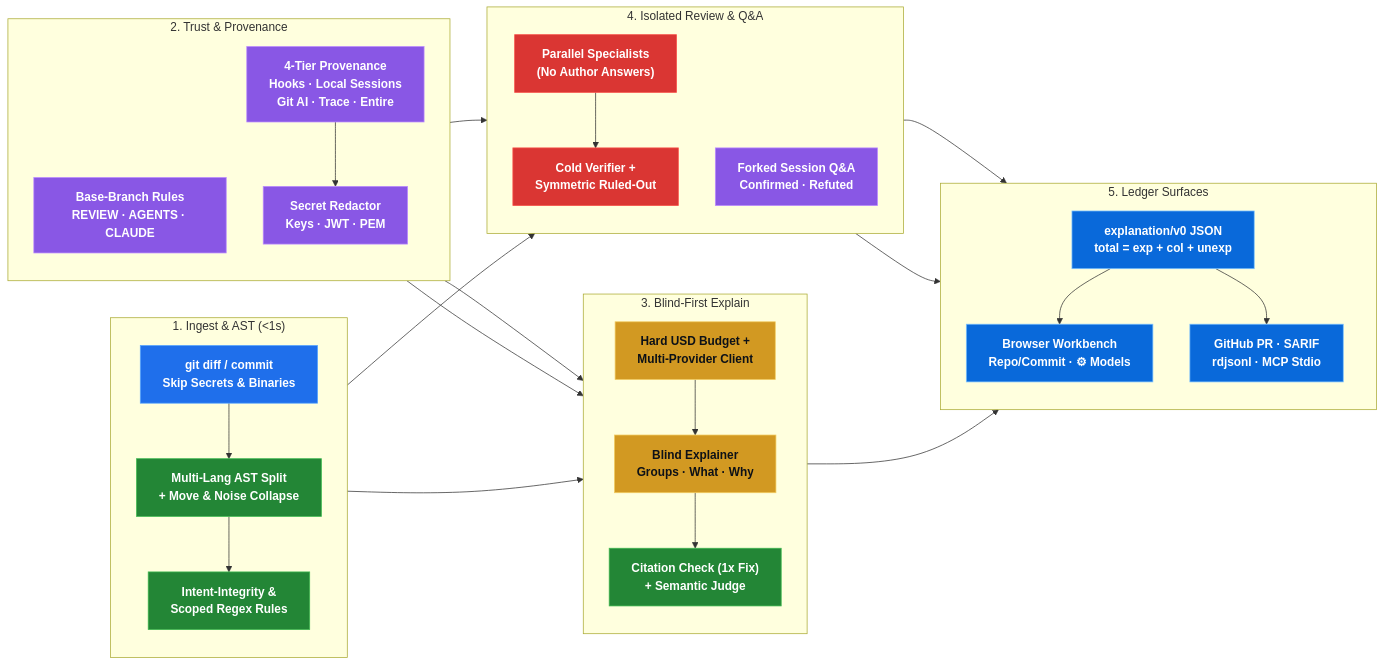
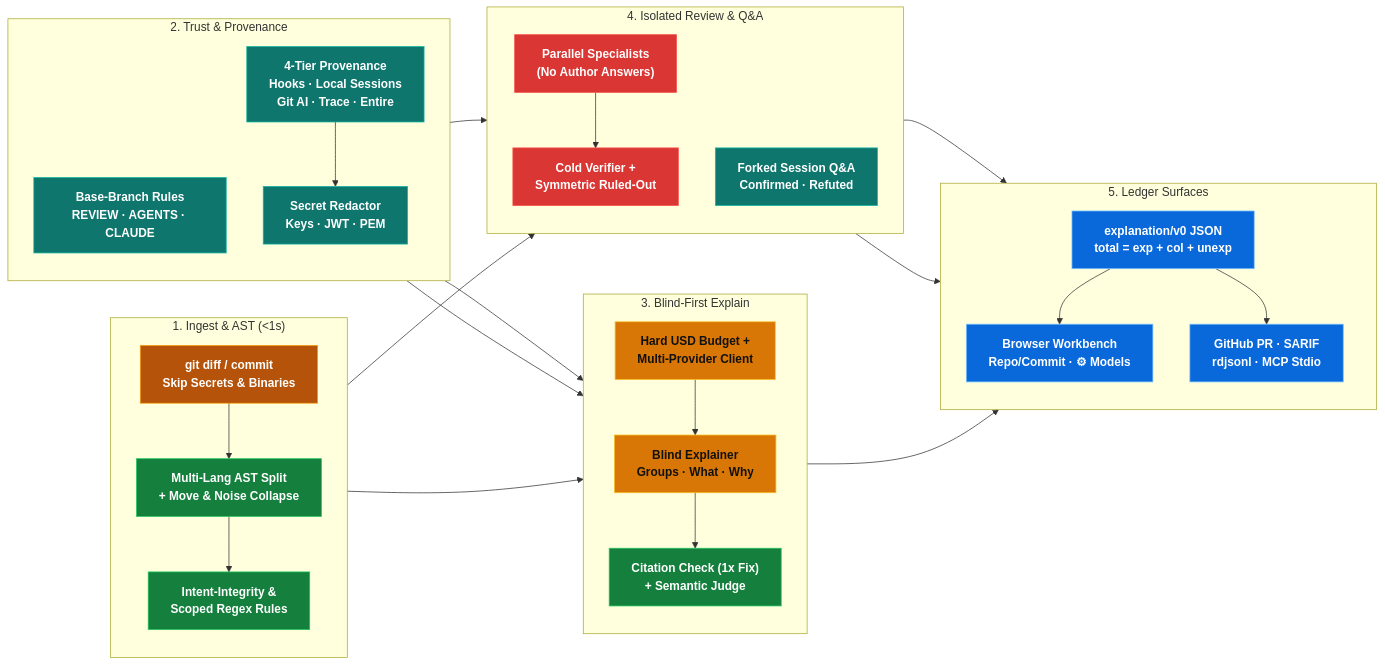
One commit to atomsprout/diffgloss changed the first of 3 diagrams in README.md. Above: the diagram before and after it, drawn with Mermaid. The commit also changed other lines of this file and 14 other files, not shown here.

````diff
--- a/README.md
+++ b/README.md
@@ -40,59 +49,59 @@
 ```mermaid
 flowchart LR
-  classDef input fill:#1f6feb,stroke:#58a6ff,color:#ffffff,font-weight:bold
-  classDef det fill:#238636,stroke:#3fb950,color:#ffffff,font-weight:bold
-  classDef prov fill:#8957e5,stroke:#bc8cff,color:#ffffff,font-weight:bold
-  classDef llm fill:#d29922,stroke:#f2cc60,color:#0d1117,font-weight:bold
+  classDef input fill:#b45309,stroke:#f59e0b,color:#ffffff,font-weight:bold
+  classDef det fill:#15803d,stroke:#22c55e,color:#ffffff,font-weight:bold
+  classDef prov fill:#0f766e,stroke:#14b8a6,color:#ffffff,font-weight:bold
+  classDef llm fill:#d97706,stroke:#fbbf24,color:#111111,font-weight:bold
   classDef review fill:#da3633,stroke:#f85149,color:#ffffff,font-weight:bold
   classDef out fill:#0969da,stroke:#79c0ff,color:#ffffff,font-weight:bold
 
   subgraph S1["1. Ingest & AST (<1s)"]
     direction TB
     A1["git diff / commit<br/>Skip Secrets & Binaries"]:::input
     A2["Multi-Lang AST Split<br/>+ Move & Noise Collapse"]:::det
     A3["Intent-Integrity &<br/>Scoped Regex Rules"]:::det
     A1 --> A2 --> A3
   end
 
   subgraph S2["2. Trust & Provenance"]
     direction TB
     P1["Base-Branch Rules<br/>REVIEW · AGENTS · CLAUDE"]:::prov
     P2["4-Tier Provenance<br/>Hooks · Local Sessions<br/>Git AI · Trace · Entire"]:::prov
     P3["Secret Redactor<br/>Keys · JWT · PEM"]:::prov
     P2 --> P3
   end
 
   subgraph S3["3. Blind-First Explain"]
     direction TB
     E1["Hard USD Budget +<br/>Multi-Provider Client"]:::llm
     E2["Blind Explainer<br/>Groups · What · Why"]:::llm
     E3["Citation Check (1x Fix)<br/>+ Semantic Judge"]:::det
     E1 --> E2 --> E3
   end
 
   subgraph S4["4. Isolated Review & Q&A"]
     direction TB
     R1["Parallel Specialists<br/>(No Author Answers)"]:::review
     R2["Cold Verifier +<br/>Symmetric Ruled-Out"]:::review
     R3["Forked Session Q&A<br/>Confirmed · Refuted"]:::prov
     R1 --> R2
   end
 
   subgraph S5["5. Ledger Surfaces"]
     direction TB
     O1["explanation/v0 JSON<br/>total = exp + col + unexp"]:::out
     O2["Browser Workbench<br/>Repo/Commit · ⚙ Models"]:::out
     O3["GitHub PR · SARIF<br/>rdjsonl · MCP Stdio"]:::out
     O1 --> O2
     O1 --> O3
   end
 
   A3 --> E1
   P1 --> E1
   P3 --> E2
   A3 --> R1
   P1 --> R1
   E3 --> O1
   R2 --> O1
   R3 --> O1
 ```
````
